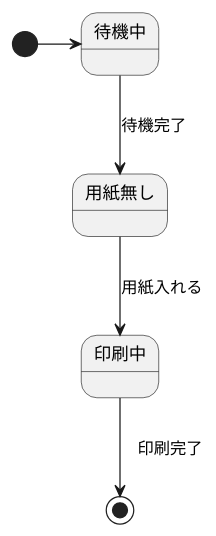
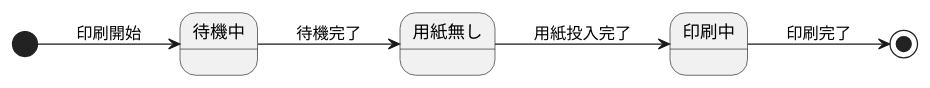
Before and after one commit to nakamachiJP/uml-introduction: the diagram in 演習6-1_SD_プリンタ.pu, drawn with PlantUML.

Commit message:
課題

```diff
--- a/演習6-1_SD_プリンタ.pu
+++ b/演習6-1_SD_プリンタ.pu
@@ -1,11 +1,7 @@
 @startuml
-
-[*] -right-> 待機中
-' state c <<choice>>
-待機中-->用紙無し: 待機完了
-用紙無し-->印刷中: 用紙入れる
-
-
-印刷中-->[*]:　印刷完了
-
+left to right direction
+[*] --> 待機中 : 印刷開始
+待機中 --> 用紙無し : 待機完了
+用紙無し --> 印刷中 : 用紙投入完了
+印刷中 --> [*] : 印刷完了
 @enduml
```
